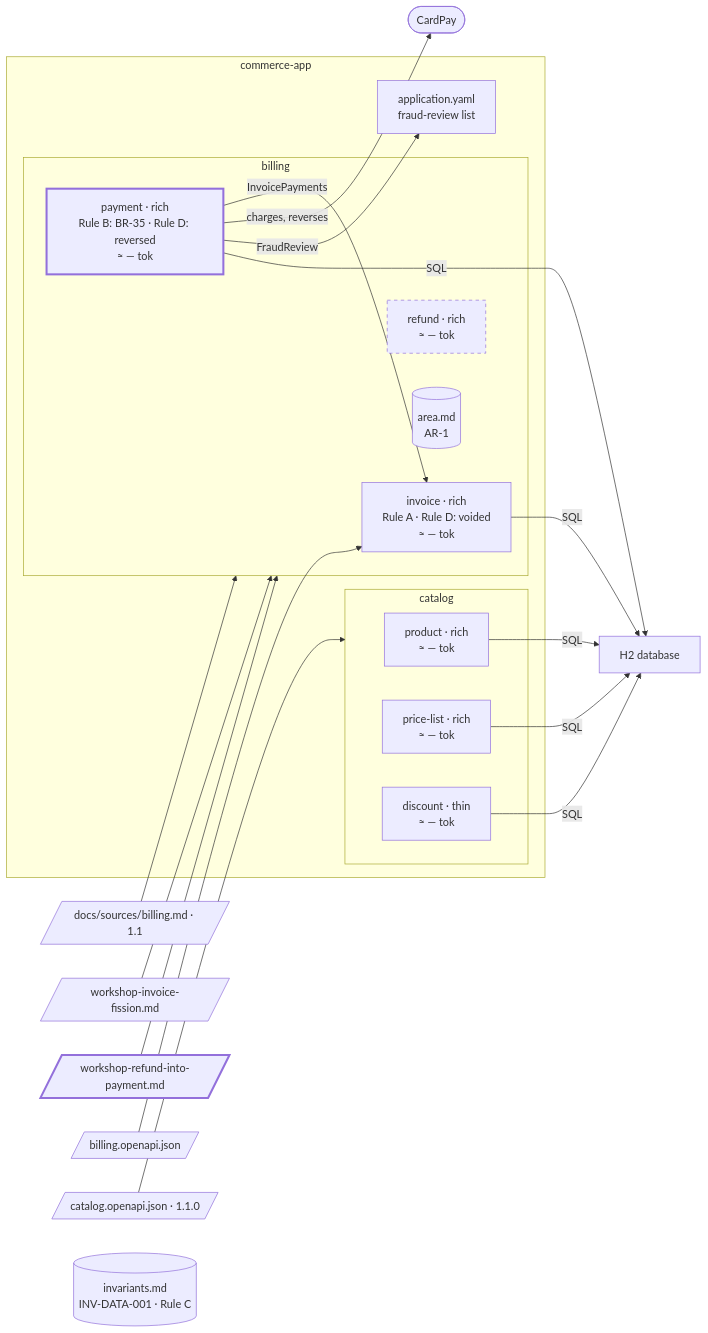
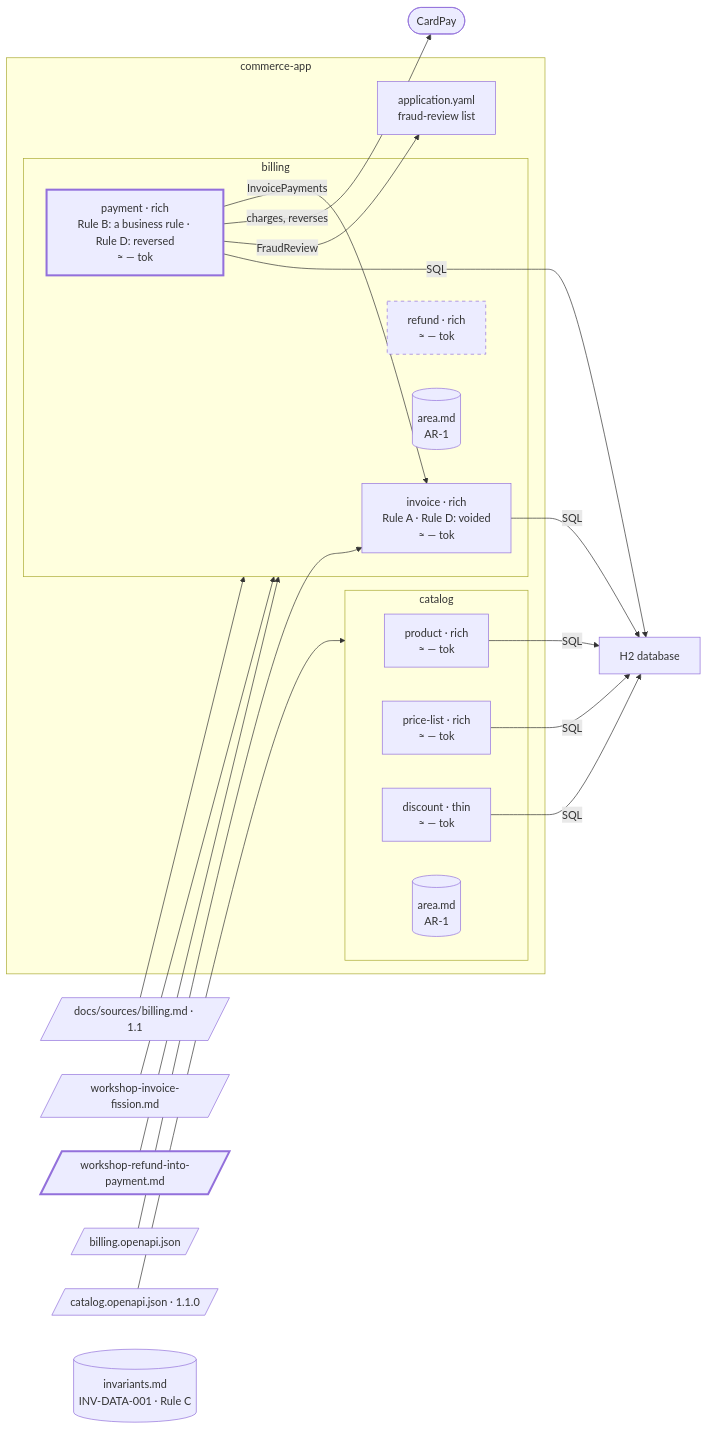
Before and after one commit to elie29/partition: the diagram in docs/guides/a-project-step-by-step/13-merge-with-area-file.md, drawn with Mermaid. The commit also changed other lines of this file and 24 other files, not shown here.

````diff
--- a/docs/guides/a-project-step-by-step/13-merge-with-area-file.md
+++ b/docs/guides/a-project-step-by-step/13-merge-with-area-file.md
@@ -93,40 +105,41 @@
 ```mermaid
 flowchart LR
   classDef new stroke-width:3px
   classDef gone stroke-dasharray:5 5
   src_billing[/"docs/sources/billing.md · 1.1"/]
   src_workshop[/"workshop-invoice-fission.md"/]
   src_workshop_refund[/"workshop-refund-into-payment.md"/]:::new
   contract_billing[/"billing.openapi.json"/]
   contract_catalog[/"catalog.openapi.json · 1.1.0"/]
   register[("invariants.md<br/>INV-DATA-001 · Rule C")]
   subgraph app_commerce["commerce-app"]
     subgraph area_billing["billing"]
       invoice["invoice · rich<br/>Rule A · Rule D: voided<br/>≈ — tok"]
-      payment["payment · rich<br/>Rule B: BR-35 · Rule D: reversed<br/>≈ — tok"]:::new
+      payment["payment · rich<br/>Rule B: a business rule · Rule D: reversed<br/>≈ — tok"]:::new
       refund["refund · rich<br/>≈ — tok"]:::gone
       file_billing[("area.md<br/>AR-1")]
     end
     subgraph area_catalog["catalog"]
       product["product · rich<br/>≈ — tok"]
       price_list["price-list · rich<br/>≈ — tok"]
       discount["discount · thin<br/>≈ — tok"]
+      file_catalog[("area.md<br/>AR-1")]
     end
     yaml["application.yaml<br/>fraud-review list"]
   end
   db["H2 database"]
   cardpay(["CardPay"])
   src_billing --> area_billing
   src_workshop --> area_billing
   src_workshop_refund --> area_billing
   contract_billing --> invoice
   contract_catalog --> area_catalog
   payment -- "InvoicePayments" --> invoice
   payment -- "charges, reverses" --> cardpay
   payment -- "FraudReview" --> yaml
   invoice -- "SQL" --> db
   payment -- "SQL" --> db
   product -- "SQL" --> db
   price_list -- "SQL" --> db
   discount -- "SQL" --> db
 ```
````
